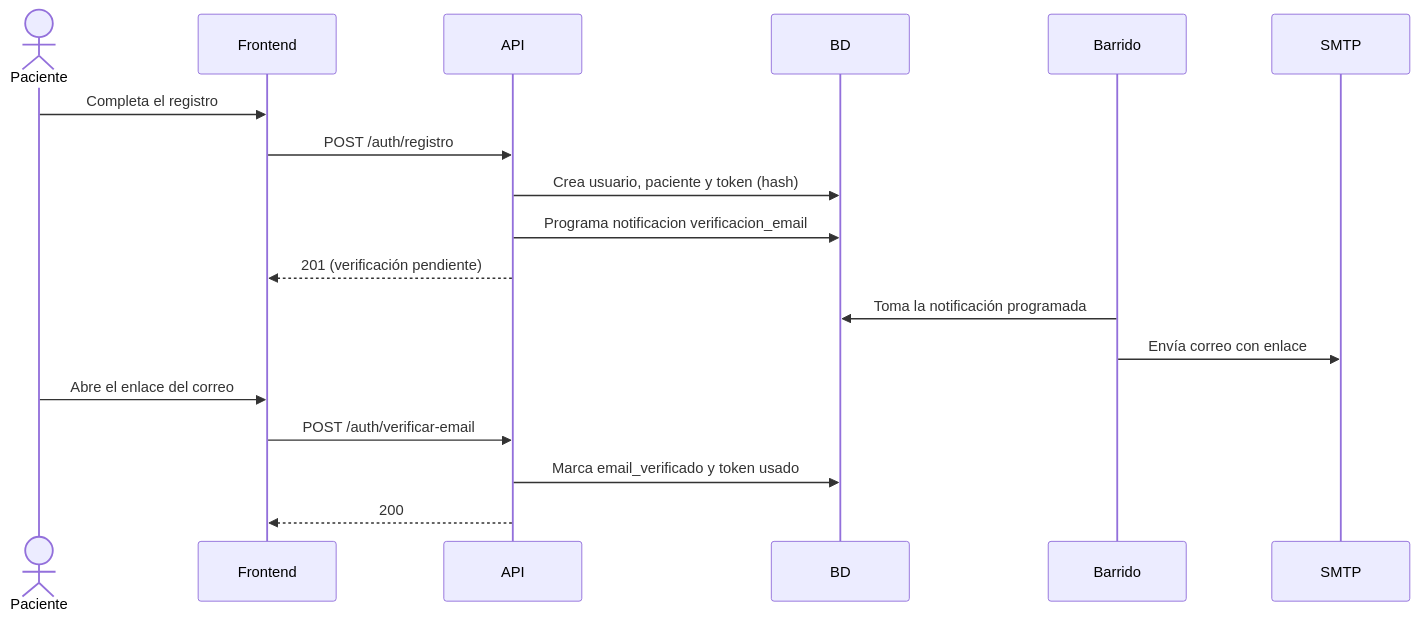
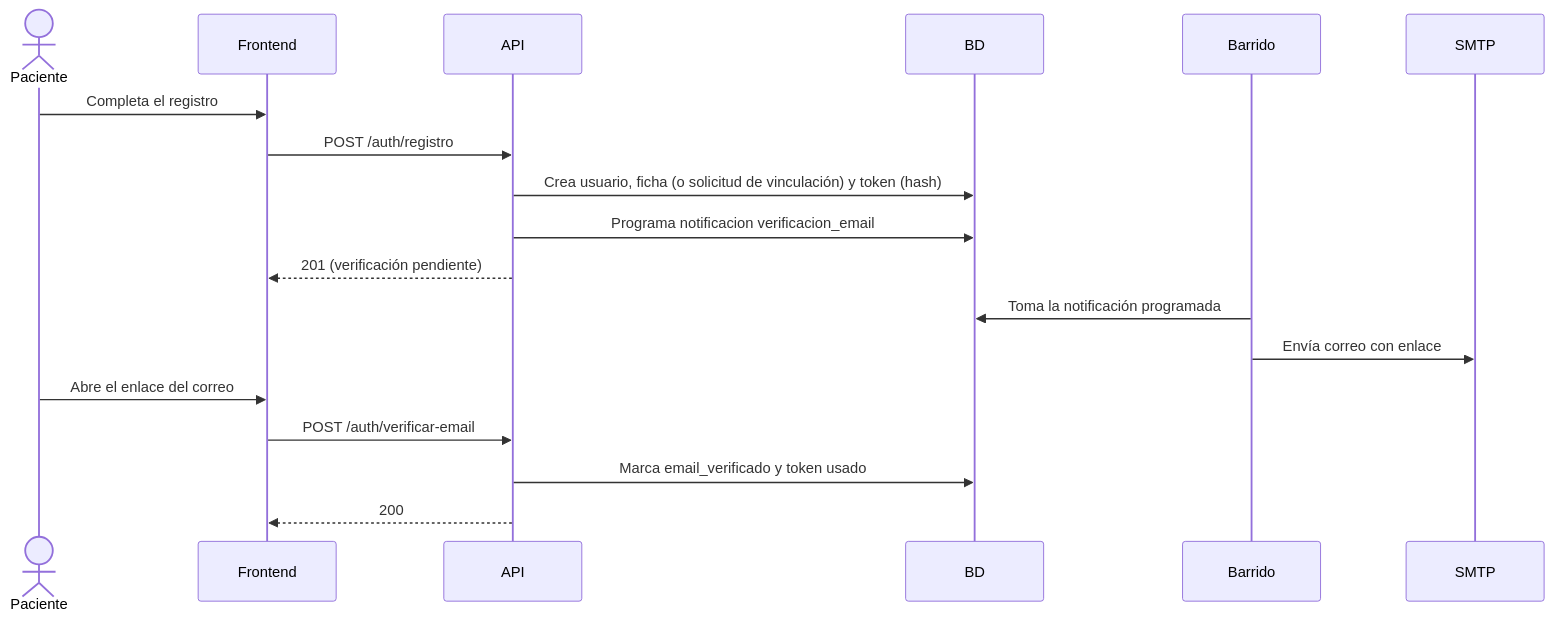
The second of 5 diagrams in knowledge-base/07_flujos_principales.md (ismaelsuarez/desarrollo_Active_Stack), drawn with Mermaid before and after one commit. The commit also changed other lines of this file and 15 other files, not shown here.

````diff
--- a/knowledge-base/07_flujos_principales.md
+++ b/knowledge-base/07_flujos_principales.md
@@ -57,20 +72,20 @@
 ```mermaid
 sequenceDiagram
     actor P as Paciente
     participant F as Frontend
     participant A as API
     participant B as BD
     participant W as Barrido
     participant S as SMTP
     P->>F: Completa el registro
     F->>A: POST /auth/registro
-    A->>B: Crea usuario, paciente y token (hash)
+    A->>B: Crea usuario, ficha (o solicitud de vinculación) y token (hash)
     A->>B: Programa notificacion verificacion_email
     A-->>F: 201 (verificación pendiente)
     W->>B: Toma la notificación programada
     W->>S: Envía correo con enlace
     P->>F: Abre el enlace del correo
     F->>A: POST /auth/verificar-email
     A->>B: Marca email_verificado y token usado
     A-->>F: 200
 ```
````
